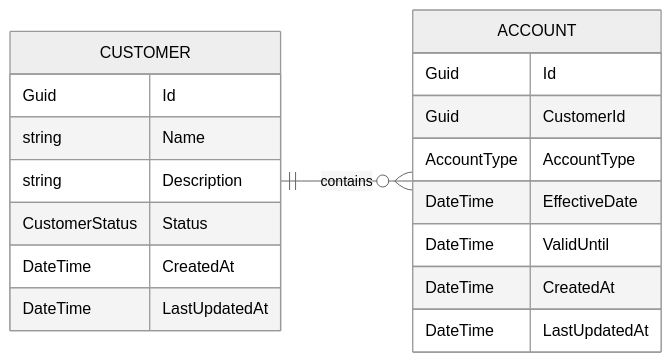
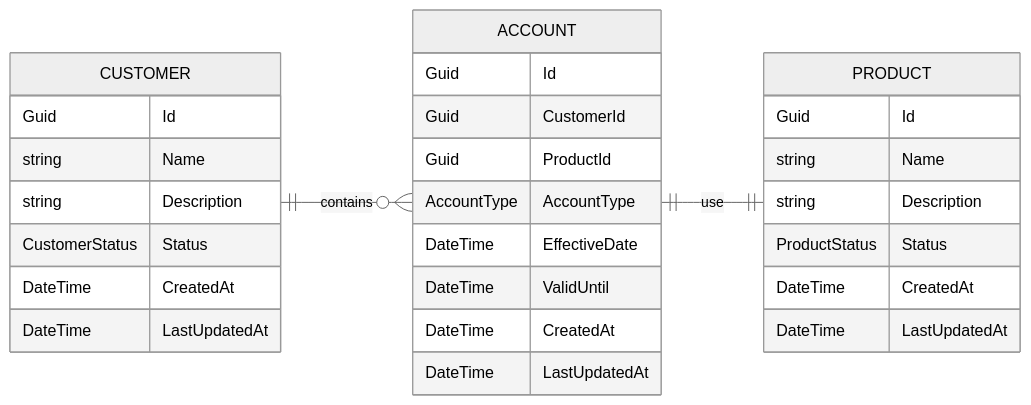
One commit to MikhailRogachev/energo-service changed the first of 3 diagrams in README.md. Above: the diagram before and after it, drawn with Mermaid (neutral theme). The commit also changed other lines of this file and 1 other file, not shown here.

````diff
--- a/README.md
+++ b/README.md
@@ -9,23 +9,33 @@
 ```mermaid
 erDiagram
     direction LR
     
-    CUSTOMER ||--o{ ACCOUNT : contains
+    CUSTOMER ||--o{ ACCOUNT: contains
+    ACCOUNT ||--|| PRODUCT: use
     CUSTOMER {
         Guid Id
         string Name
         string Description
         CustomerStatus Status
         DateTime CreatedAt
         DateTime LastUpdatedAt
     }
     ACCOUNT {
         Guid Id
         Guid CustomerId
+        Guid ProductId
         AccountType AccountType
         DateTime EffectiveDate
         DateTime ValidUntil
         DateTime CreatedAt
         DateTime LastUpdatedAt
     }
+    PRODUCT {
+         Guid Id
+        string Name
+        string Description
+        ProductStatus Status
+        DateTime CreatedAt
+        DateTime LastUpdatedAt
+    }
 ```
````
